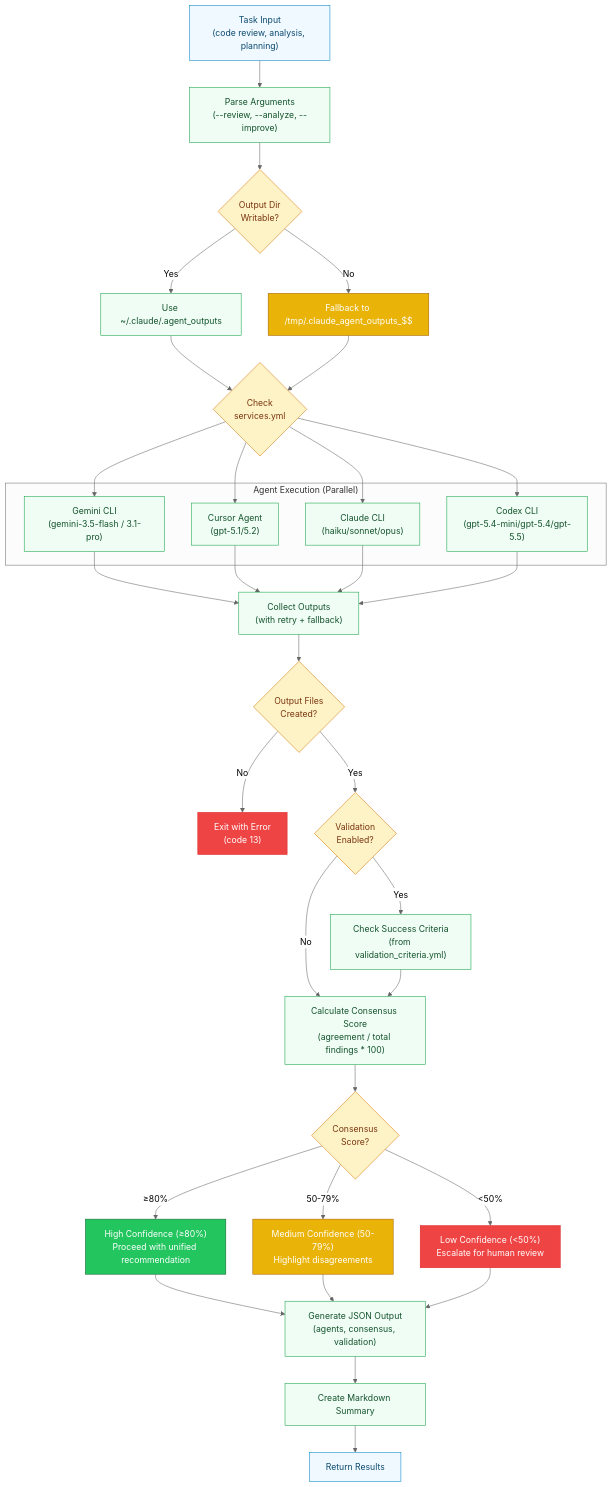
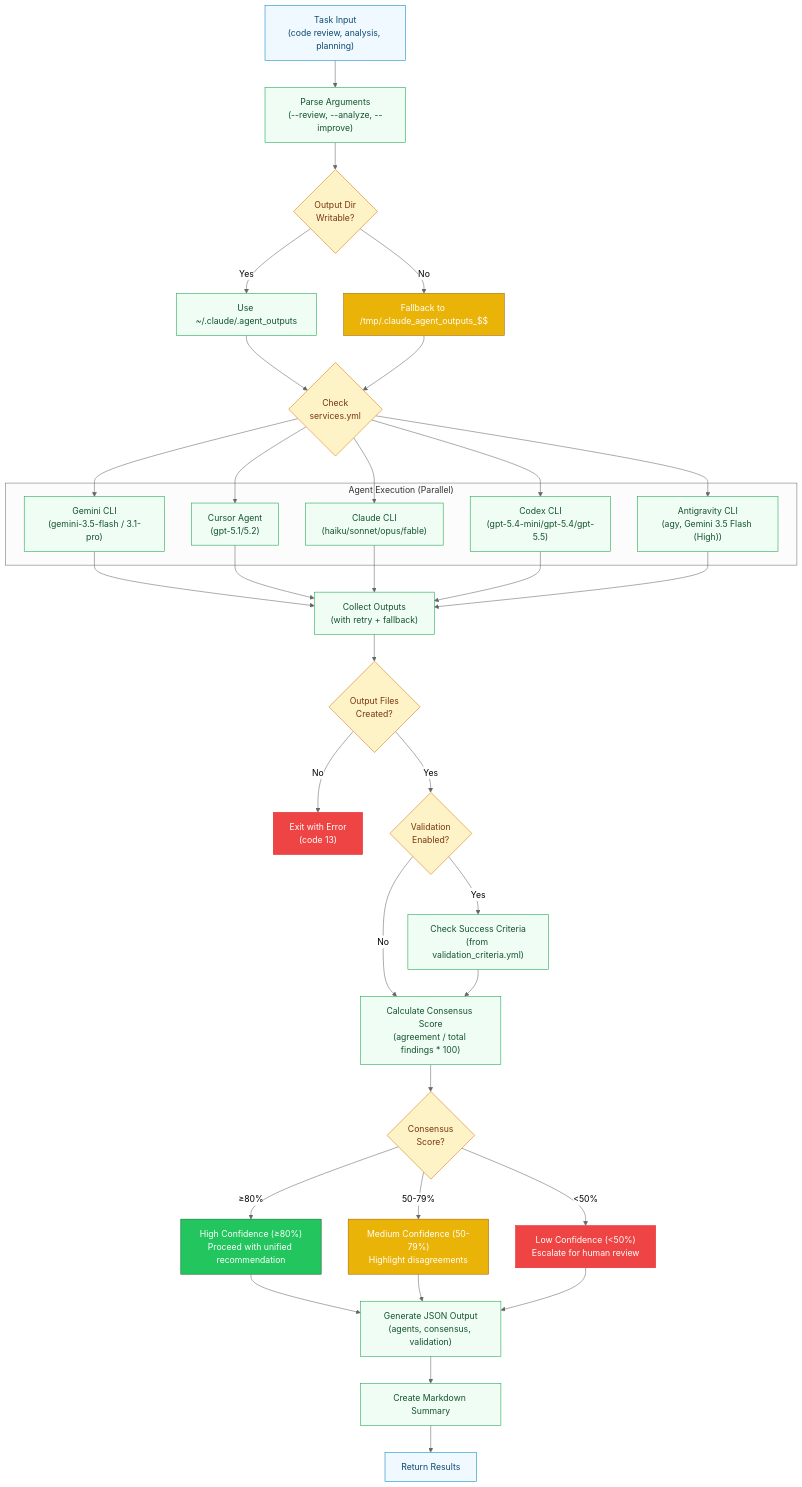
Before and after one commit to RB-chrismandich/Manifest: the sixth of 15 diagrams in docs/ARCHITECTURE_DIAGRAMS.md, drawn with Mermaid. The commit also changed other lines of this file and 3 other files, not shown here.

Commit message:
chore: final integration review fixes — diagrams, stale fallback, plan addendum, test rename

```diff
--- a/docs/ARCHITECTURE_DIAGRAMS.md
+++ b/docs/ARCHITECTURE_DIAGRAMS.md
@@ -535,8 +531,9 @@
     subgraph "Agent Execution (Parallel)"
         GEMINI_EXEC["Gemini CLI<br/>(gemini-3.5-flash / 3.1-pro)"]:::process
         CURSOR_EXEC["Cursor Agent<br/>(gpt-5.1/5.2)"]:::process
-        CLAUDE_EXEC["Claude CLI<br/>(haiku/sonnet/opus)"]:::process
+        CLAUDE_EXEC["Claude CLI<br/>(haiku/sonnet/opus/fable)"]:::process
         CODEX_EXEC["Codex CLI<br/>(gpt-5.4-mini/gpt-5.4/gpt-5.5)"]:::process
+        AGY_EXEC["Antigravity CLI<br/>(agy, Gemini 3.5 Flash (High))"]:::process
     end
 
     COLLECT["Collect Outputs<br/>(with retry + fallback)"]:::process
@@ -570,11 +567,13 @@
     CHECK_SERVICES --> CURSOR_EXEC
     CHECK_SERVICES --> CLAUDE_EXEC
     CHECK_SERVICES --> CODEX_EXEC
+    CHECK_SERVICES --> AGY_EXEC
 
     GEMINI_EXEC --> COLLECT
     CURSOR_EXEC --> COLLECT
     CLAUDE_EXEC --> COLLECT
     CODEX_EXEC --> COLLECT
+    AGY_EXEC --> COLLECT
 
     COLLECT --> VERIFY_FILES
     VERIFY_FILES -->|No| FILE_ERROR
```
